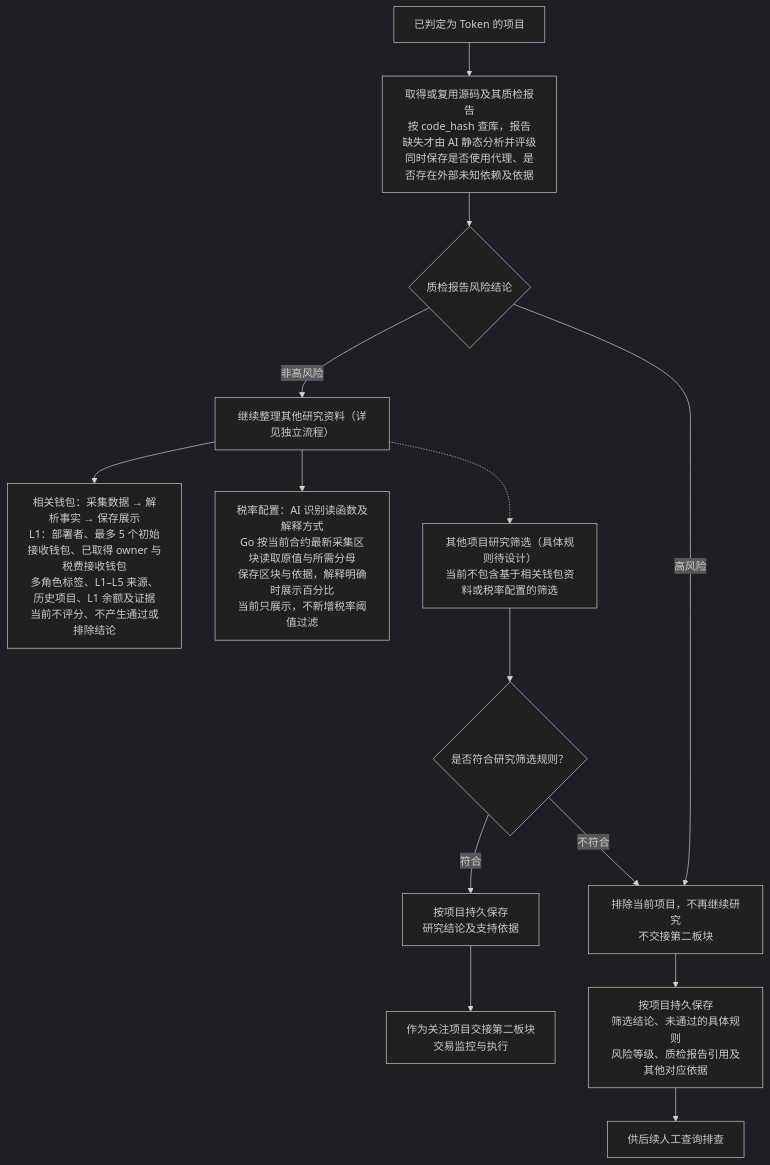
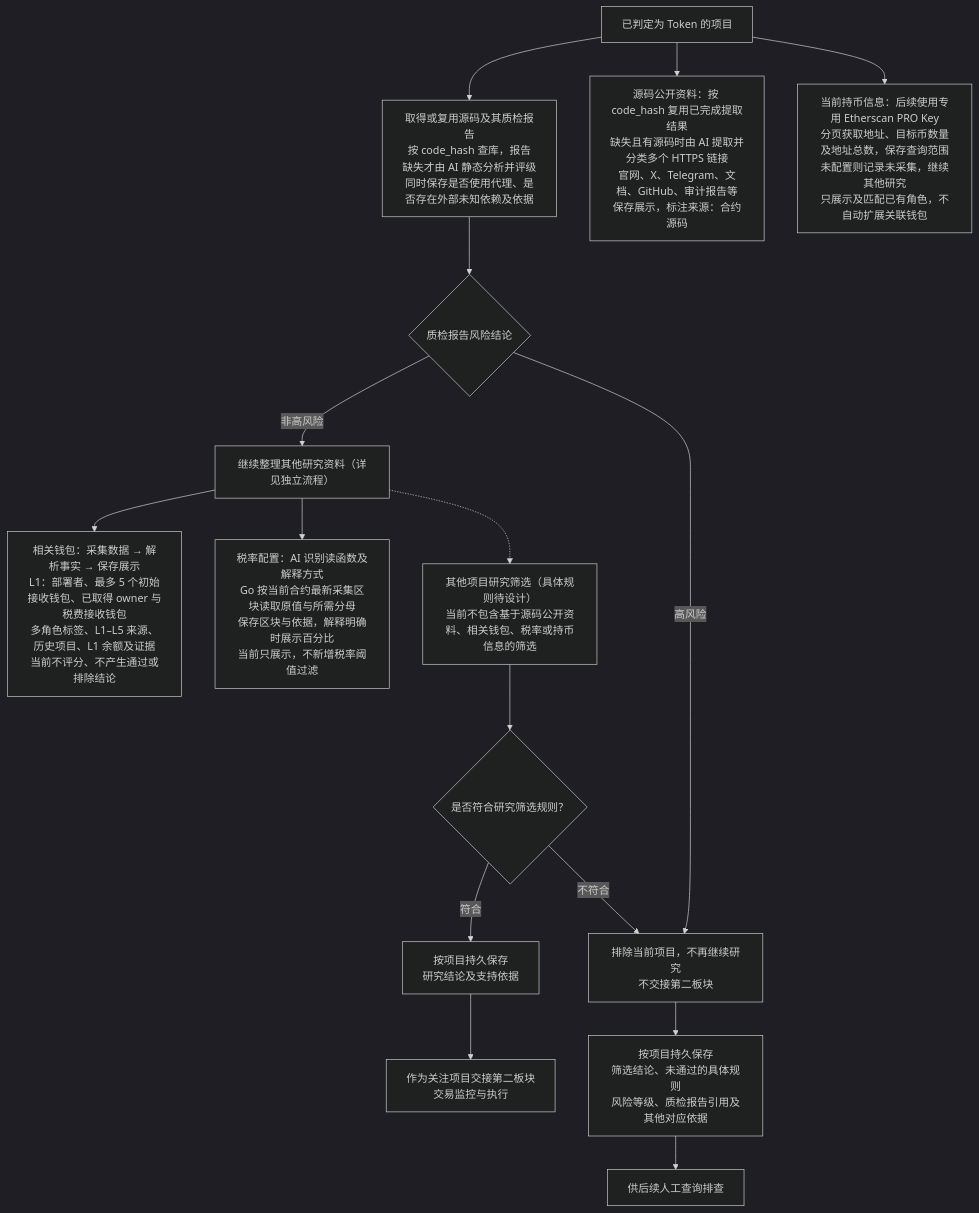
One commit to useryege/athena-o changed the diagram in docs/project/token-research-flow.md. Above: the diagram before and after it, drawn with Mermaid (dark theme). The commit also changed other lines of this file and 8 other files, not shown here.

````diff
--- a/docs/project/token-research-flow.md
+++ b/docs/project/token-research-flow.md
@@ -11,16 +11,18 @@
 ```mermaid
 flowchart TD
     token["已判定为 Token 的项目"] --> review["取得或复用源码及其质检报告<br/>按 code_hash 查库，报告缺失才由 AI 静态分析并评级<br/>同时保存是否使用代理、是否存在外部未知依赖及依据"]
+    token --> publicLinks["源码公开资料：按 code_hash 复用已完成提取结果<br/>缺失且有源码时由 AI 提取并分类多个 HTTPS 链接<br/>官网、X、Telegram、文档、GitHub、审计报告等<br/>保存展示，标注来源：合约源码"]
+    token --> holders["当前持币信息：后续使用专用 Etherscan PRO Key<br/>分页获取地址、目标币数量及地址总数，保存查询范围<br/>未配置则记录未采集，继续其他研究<br/>只展示及匹配已有角色，不自动扩展关联钱包"]
     review --> risk{"质检报告风险结论"}
     risk -->|高风险| excluded["排除当前项目，不再继续研究<br/>不交接第二板块"]
     risk -->|非高风险| materials["继续整理其他研究资料（详见独立流程）"]
     materials --> wallets["相关钱包：采集数据 → 解析事实 → 保存展示<br/>L1：部署者、最多 5 个初始接收钱包、已取得 owner 与税费接收钱包<br/>多角色标签、L1–L5 来源、历史项目、L1 余额及证据<br/>当前不评分、不产生通过或排除结论"]
     materials --> taxes["税率配置：AI 识别读函数及解释方式<br/>Go 按当前合约最新采集区块读取原值与所需分母<br/>保存区块与依据，解释明确时展示百分比<br/>当前只展示，不新增税率阈值过滤"]
-    materials -.-> research["其他项目研究筛选（具体规则待设计）<br/>当前不包含基于相关钱包资料或税率配置的筛选"]
+    materials -.-> research["其他项目研究筛选（具体规则待设计）<br/>当前不包含基于源码公开资料、相关钱包、税率或持币信息的筛选"]
     research --> decision{"是否符合研究筛选规则？"}
     decision -->|"符合"| accepted["按项目持久保存<br/>研究结论及支持依据"]
     accepted --> handoff["作为关注项目交接第二板块<br/>交易监控与执行"]
     decision -->|"不符合"| excluded
     excluded --> reasons["按项目持久保存<br/>筛选结论、未通过的具体规则<br/>风险等级、质检报告引用及其他对应依据"]
     reasons --> inspect["供后续人工查询排查"]
 ```
````
